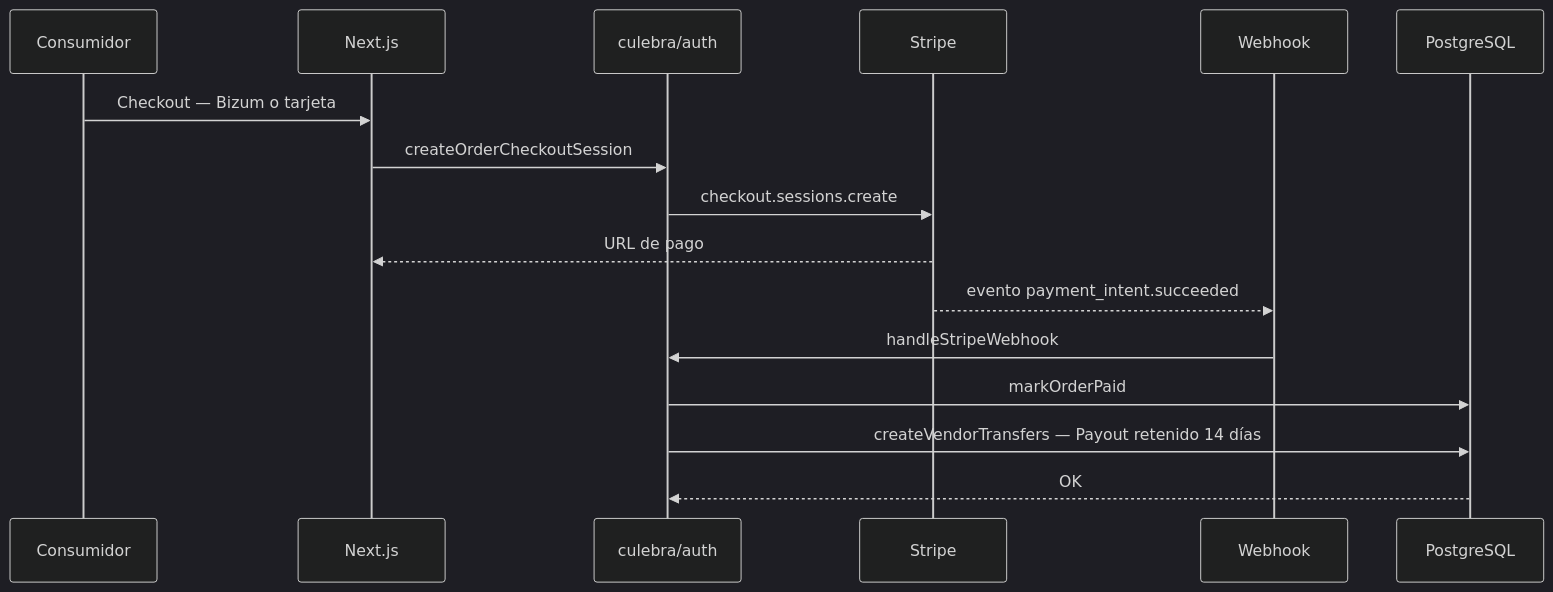
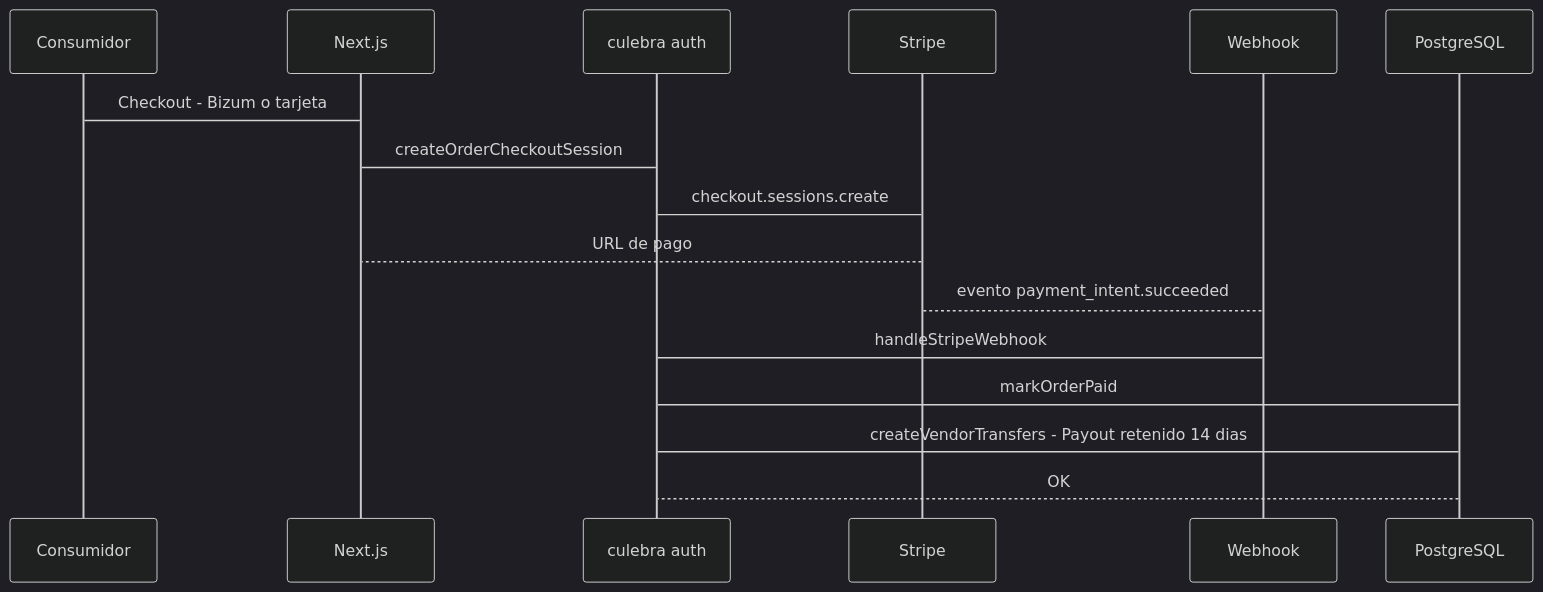
One commit to gracobjo/culebra changed the first of 2 diagrams in docs/Dossier_Socios_Marketplace_Villardeciervos.md. Above: the diagram before and after it, drawn with Mermaid (dark theme). The commit also changed other lines of this file and 1 other file, not shown here.

Commit message:
docs: logo en cabecera de Dossier y Manual de Usuario, fix sequenceDiagram

````diff
--- a/docs/Dossier_Socios_Marketplace_Villardeciervos.md
+++ b/docs/Dossier_Socios_Marketplace_Villardeciervos.md
@@ -71,19 +73,19 @@
 ```mermaid
 sequenceDiagram
   participant C as Consumidor
   participant Web as Next.js
-  participant Auth as culebra/auth
+  participant Auth as culebra auth
   participant Stripe as Stripe
   participant Webhook as Webhook
   participant DB as PostgreSQL
 
-  C->>Web: Checkout — Bizum o tarjeta
-  Web->>Auth: createOrderCheckoutSession
-  Auth->>Stripe: checkout.sessions.create
-  Stripe-->>Web: URL de pago
-  Stripe-->>Webhook: evento payment_intent.succeeded
-  Webhook->>Auth: handleStripeWebhook
-  Auth->>DB: markOrderPaid
-  Auth->>DB: createVendorTransfers — Payout retenido 14 días
-  DB-->>Auth: OK
+  C->Web: Checkout - Bizum o tarjeta
+  Web->Auth: createOrderCheckoutSession
+  Auth->Stripe: checkout.sessions.create
+  Stripe-->Web: URL de pago
+  Stripe-->Webhook: evento payment_intent.succeeded
+  Webhook->Auth: handleStripeWebhook
+  Auth->DB: markOrderPaid
+  Auth->DB: createVendorTransfers - Payout retenido 14 dias
+  DB-->Auth: OK
 ```
````
